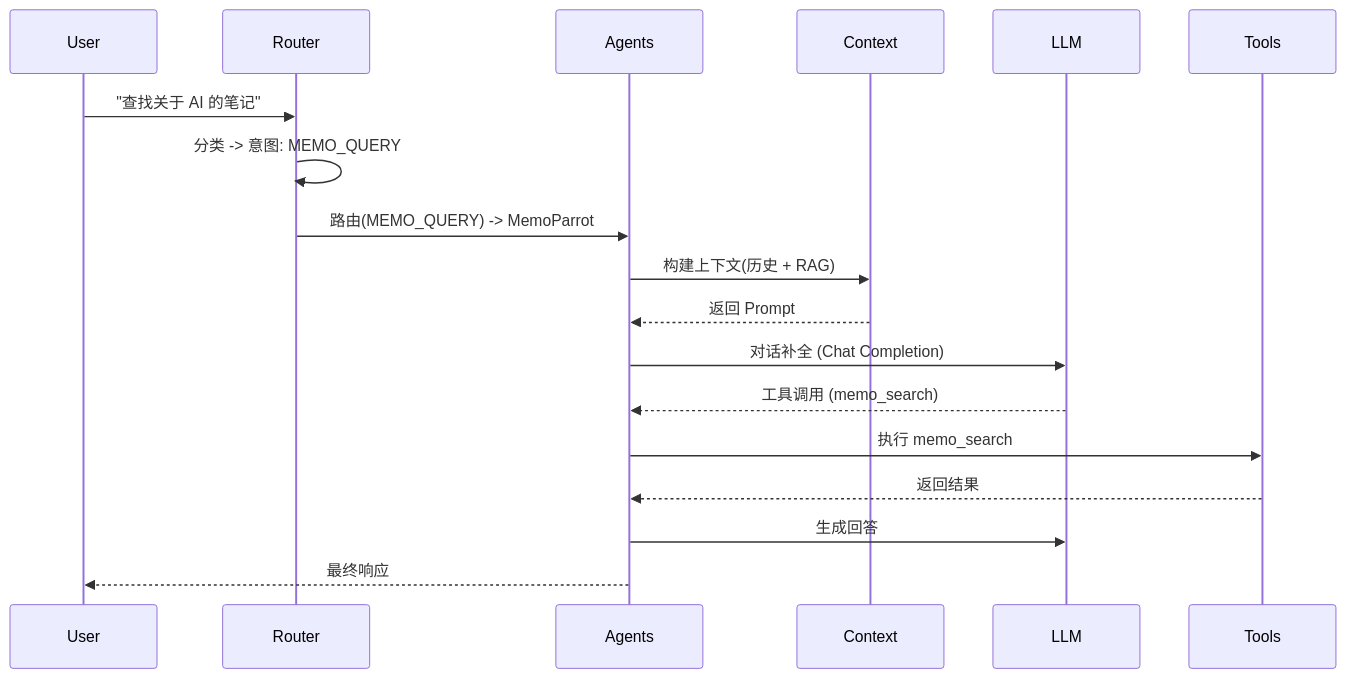
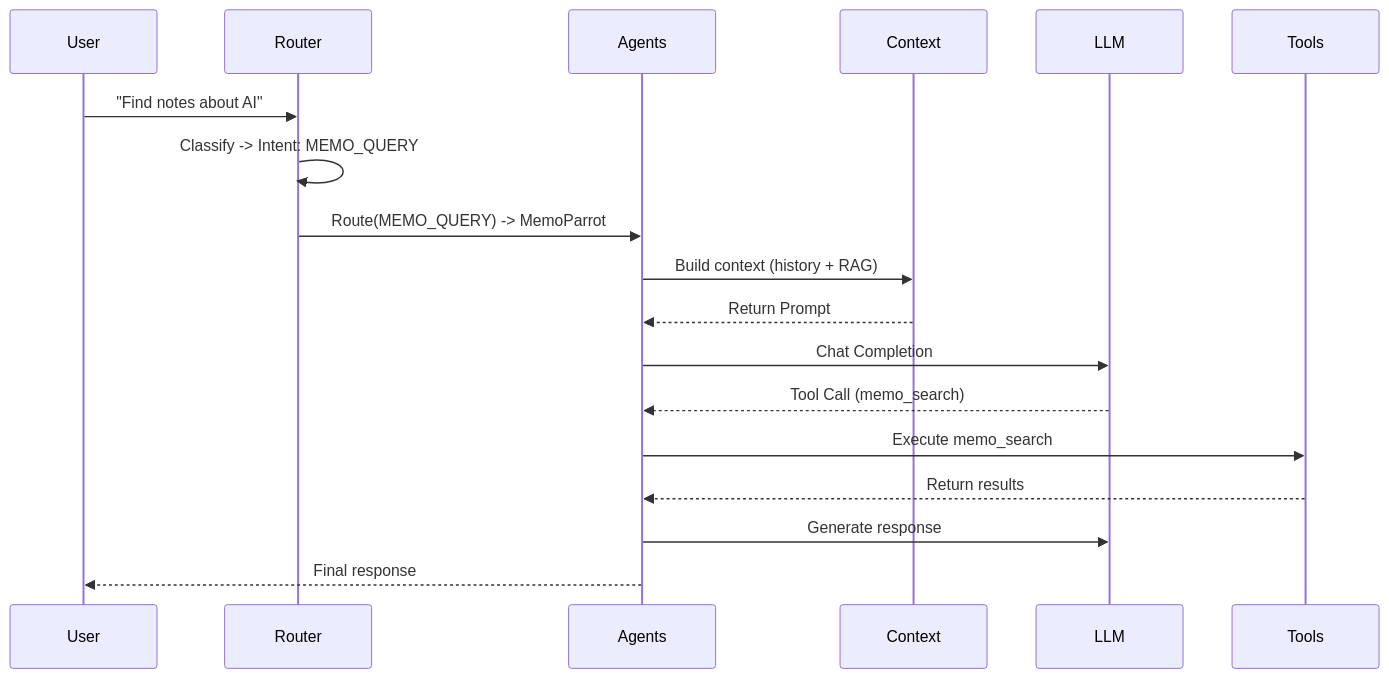
One commit to 88lin/divinesense changed the second of 3 diagrams in ai/README.md. Above: the diagram before and after it, drawn with Mermaid. The commit also changed other lines of this file and 27 other files, not shown here.

````diff
--- a/ai/README.md
+++ b/ai/README.md
@@ -110,18 +114,18 @@
 ```mermaid
 sequenceDiagram
-    User->>Router: "查找关于 AI 的笔记"
-    Router->>Router: 分类 -> 意图: MEMO_QUERY
-    Router->>Agents: 路由(MEMO_QUERY) -> MemoParrot
-    
-    Agents->>Context: 构建上下文(历史 + RAG)
-    Context-->>Agents: 返回 Prompt
-    
-    Agents->>LLM: 对话补全 (Chat Completion)
-    LLM-->>Agents: 工具调用 (memo_search)
-    
-    Agents->>Tools: 执行 memo_search
-    Tools-->>Agents: 返回结果
-    
-    Agents->>LLM: 生成回答
-    Agents-->>User: 最终响应
+    User->>Router: "Find notes about AI"
+    Router->>Router: Classify -> Intent: MEMO_QUERY
+    Router->>Agents: Route(MEMO_QUERY) -> MemoParrot
+
+    Agents->>Context: Build context (history + RAG)
+    Context-->>Agents: Return Prompt
+
+    Agents->>LLM: Chat Completion
+    LLM-->>Agents: Tool Call (memo_search)
+
+    Agents->>Tools: Execute memo_search
+    Tools-->>Agents: Return results
+
+    Agents->>LLM: Generate response
+    Agents-->>User: Final response
 ```
````
